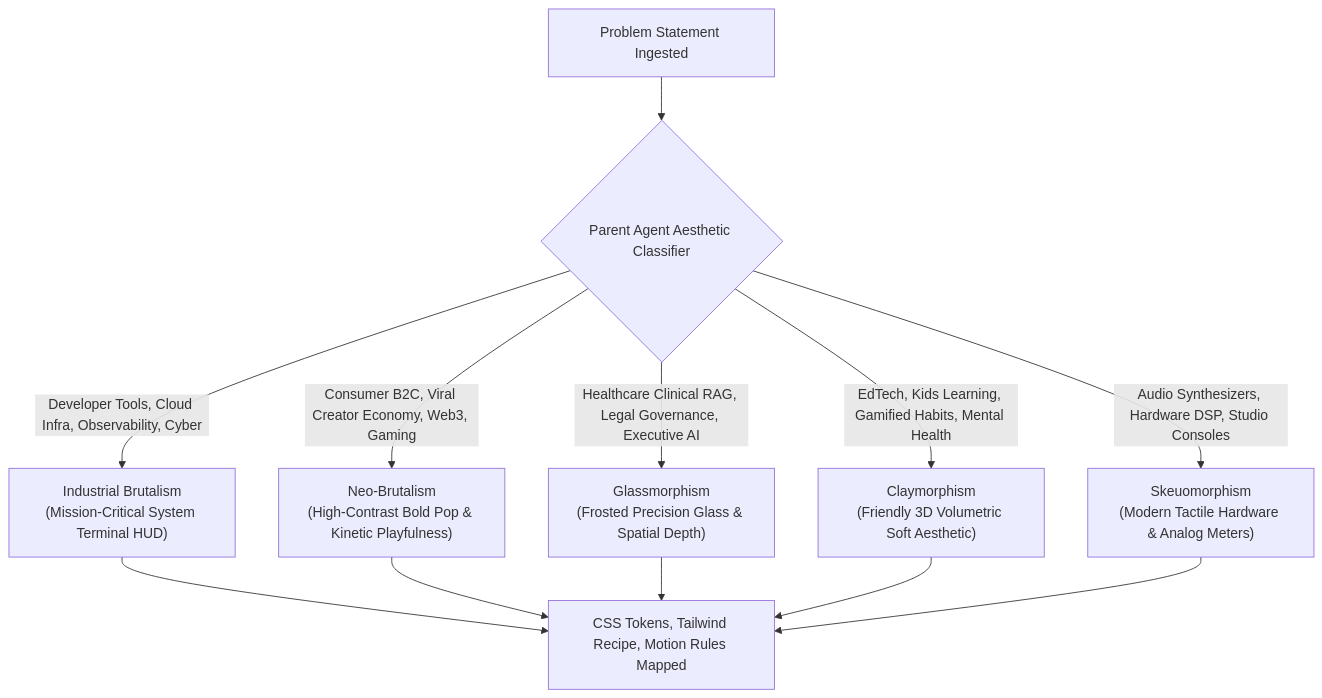
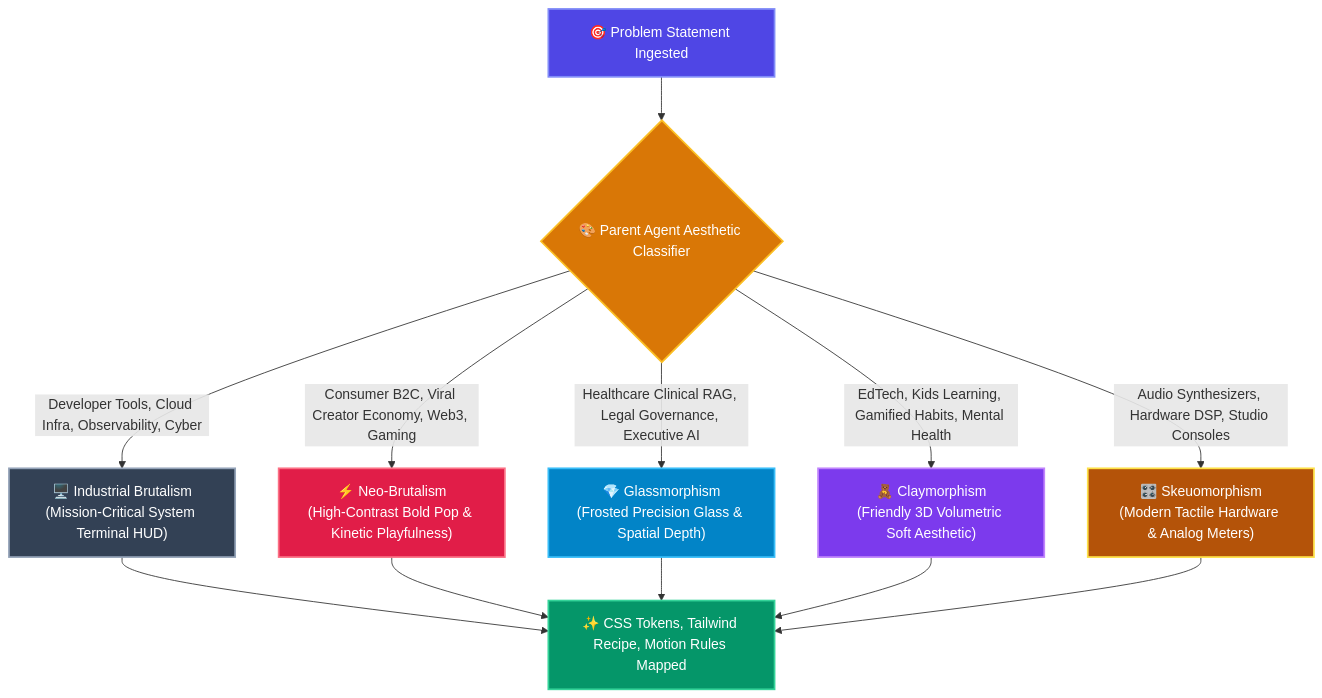
Diagram 14 of 19 in README.md (Sathvik1533/hackathon-strategy-framework), drawn with Mermaid before and after one commit. The commit also changed other lines of this file and 6 other files, not shown here.

Commit message:
feat(docs): colorize and make all Mermaid architecture diagrams interactive across repo

````diff
--- a/README.md
+++ b/README.md
@@ -950,15 +1146,27 @@
 ```mermaid
 flowchart TD
-    Problem["Problem Statement Ingested"] --> Classifier{"Parent Agent Aesthetic Classifier"}
-    Classifier -->|Developer Tools, Cloud Infra, Observability, Cyber| IB["Industrial Brutalism<br/>(Mission-Critical System Terminal HUD)"]
-    Classifier -->|Consumer B2C, Viral Creator Economy, Web3, Gaming| NB["Neo-Brutalism<br/>(High-Contrast Bold Pop & Kinetic Playfulness)"]
-    Classifier -->|Healthcare Clinical RAG, Legal Governance, Executive AI| GM["Glassmorphism<br/>(Frosted Precision Glass & Spatial Depth)"]
-    Classifier -->|EdTech, Kids Learning, Gamified Habits, Mental Health| CM["Claymorphism<br/>(Friendly 3D Volumetric Soft Aesthetic)"]
-    Classifier -->|Audio Synthesizers, Hardware DSP, Studio Consoles| SK["Skeuomorphism<br/>(Modern Tactile Hardware & Analog Meters)"]
+    classDef input fill:#4f46e5,stroke:#818cf8,stroke-width:2px,color:#ffffff;
+    classDef judge fill:#d97706,stroke:#fbbf24,stroke-width:2px,color:#ffffff;
+    classDef ib fill:#334155,stroke:#94a3b8,stroke-width:2px,color:#ffffff;
+    classDef nb fill:#e11d48,stroke:#fb7185,stroke-width:2px,color:#ffffff;
+    classDef gm fill:#0284c7,stroke:#38bdf8,stroke-width:2px,color:#ffffff;
+    classDef cm fill:#7c3aed,stroke:#c084fc,stroke-width:2px,color:#ffffff;
+    classDef sk fill:#b45309,stroke:#fde047,stroke-width:2px,color:#ffffff;
+    classDef tokens fill:#059669,stroke:#34d399,stroke-width:2px,color:#ffffff;
 
-    IB --> DesignTokens["CSS Tokens, Tailwind Recipe, Motion Rules Mapped"]
+    Problem["🎯 Problem Statement Ingested"]:::input --> Classifier{"🎨 Parent Agent Aesthetic Classifier"}:::judge
+    Classifier -->|Developer Tools, Cloud Infra, Observability, Cyber| IB["🖥️ Industrial Brutalism<br/>(Mission-Critical System Terminal HUD)"]:::ib
+    Classifier -->|Consumer B2C, Viral Creator Economy, Web3, Gaming| NB["⚡ Neo-Brutalism<br/>(High-Contrast Bold Pop & Kinetic Playfulness)"]:::nb
+    Classifier -->|Healthcare Clinical RAG, Legal Governance, Executive AI| GM["💎 Glassmorphism<br/>(Frosted Precision Glass & Spatial Depth)"]:::gm
+    Classifier -->|EdTech, Kids Learning, Gamified Habits, Mental Health| CM["🧸 Claymorphism<br/>(Friendly 3D Volumetric Soft Aesthetic)"]:::cm
+    Classifier -->|Audio Synthesizers, Hardware DSP, Studio Consoles| SK["🎛️ Skeuomorphism<br/>(Modern Tactile Hardware & Analog Meters)"]:::sk
+
+    IB --> DesignTokens["✨ CSS Tokens, Tailwind Recipe, Motion Rules Mapped"]:::tokens
     NB --> DesignTokens
     GM --> DesignTokens
     CM --> DesignTokens
     SK --> DesignTokens
+
+    click Classifier "ai_layer/mascot_agent.py" "Mascot Aesthetic Engine"
+    click DesignTokens "frontend/style.css" "Frontend Style Tokens"
 ```
````
